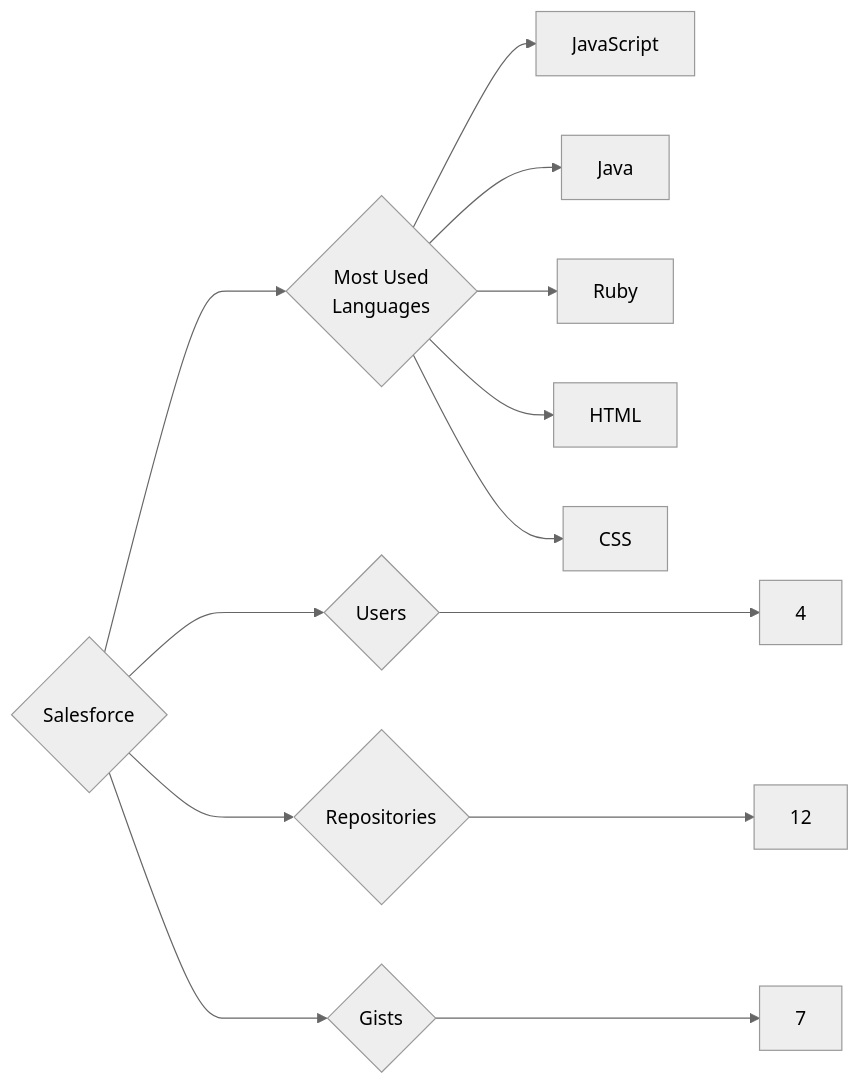
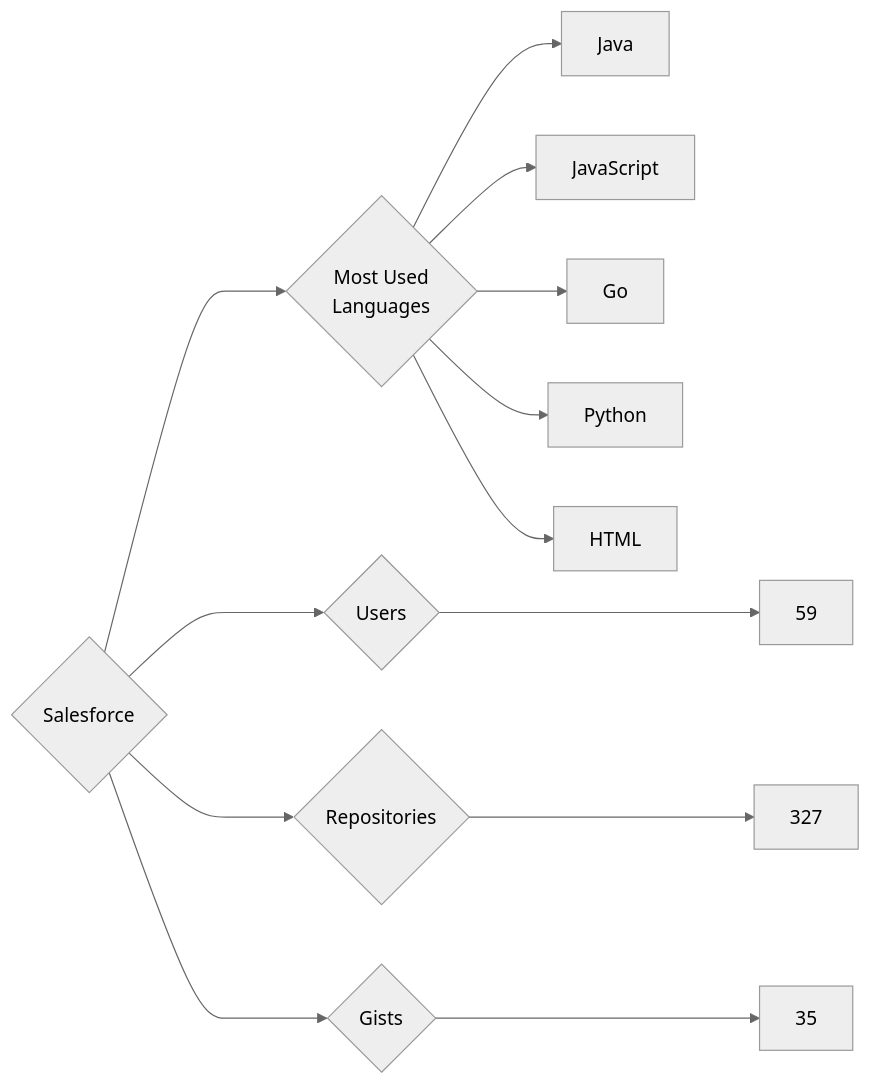
Before and after one commit to trickest/insiders: the diagram in targets/Salesforce/README.md, drawn with Mermaid (neutral theme). The commit also changed 748 other files, not shown here.

````diff
--- a/targets/Salesforce/README.md
+++ b/targets/Salesforce/README.md
@@ -3,13 +3,13 @@
 ```mermaid
 graph LR
 COMPANY_NAME{Salesforce}
-COMPANY_NAME ---> U{Users} ---> UN[4]
-COMPANY_NAME ---> R{Repositories} ---> RN[12]
-COMPANY_NAME ---> G{Gists} ---> GN[7]
+COMPANY_NAME ---> U{Users} ---> UN[59]
+COMPANY_NAME ---> R{Repositories} ---> RN[327]
+COMPANY_NAME ---> G{Gists} ---> GN[35]
 COMPANY_NAME ---> ML{Most Used<br>Languages}
+ML --> Java[Java]
 ML --> JavaScript[JavaScript]
-ML --> Java[Java]
-ML --> Ruby[Ruby]
+ML --> Go[Go]
+ML --> Python[Python]
 ML --> HTML[HTML]
-ML --> CSS[CSS]
 ```
````
